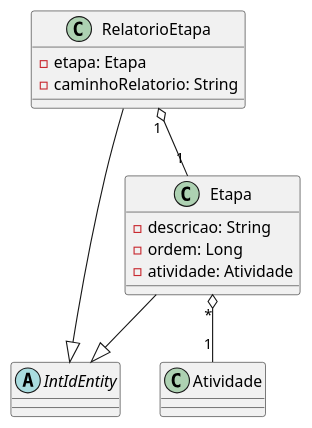
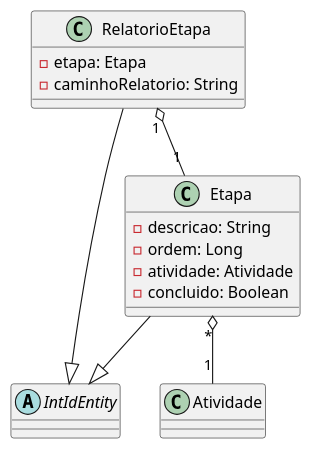
Before and after one commit to Wesley0010012/DSMA-Requisitos: the diagram in docs/classes/core/etapas/domain/main.puml, drawn with PlantUML. The commit also changed 1 other file, not shown here.

Commit message:
refactor: define status de concluido para etapas e situação final da atividade

```diff
--- a/docs/classes/core/etapas/domain/main.puml
+++ b/docs/classes/core/etapas/domain/main.puml
@@ -1,24 +1,25 @@
 @startuml "Domínio - Módulo de Etapas"
 
 abstract class IntIdEntity
 
 class Atividade
 
 class Etapa {
     - descricao: String
     - ordem: Long
     - atividade: Atividade
+    - concluido: Boolean
 }
 
 class RelatorioEtapa {
     - etapa: Etapa
     - caminhoRelatorio: String
 }
 
 Etapa --|> IntIdEntity
 Etapa "*" o-- "1" Atividade
 
 RelatorioEtapa --|> IntIdEntity
 RelatorioEtapa "1" o-- "1" Etapa
 
 @enduml
```
